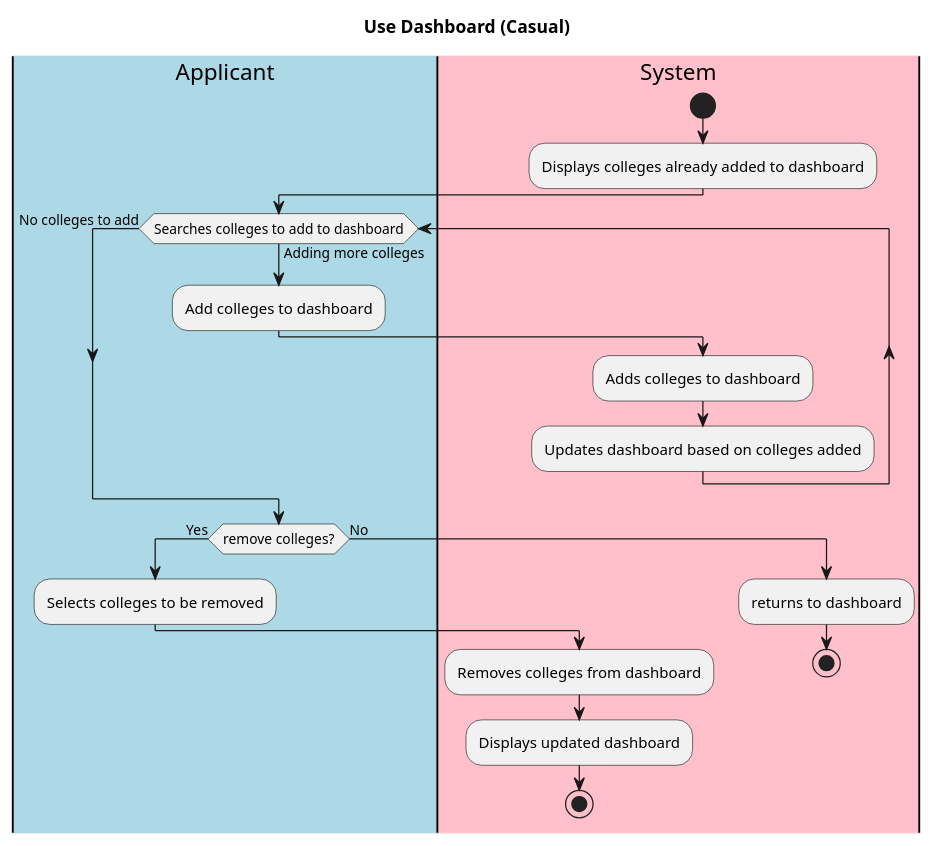
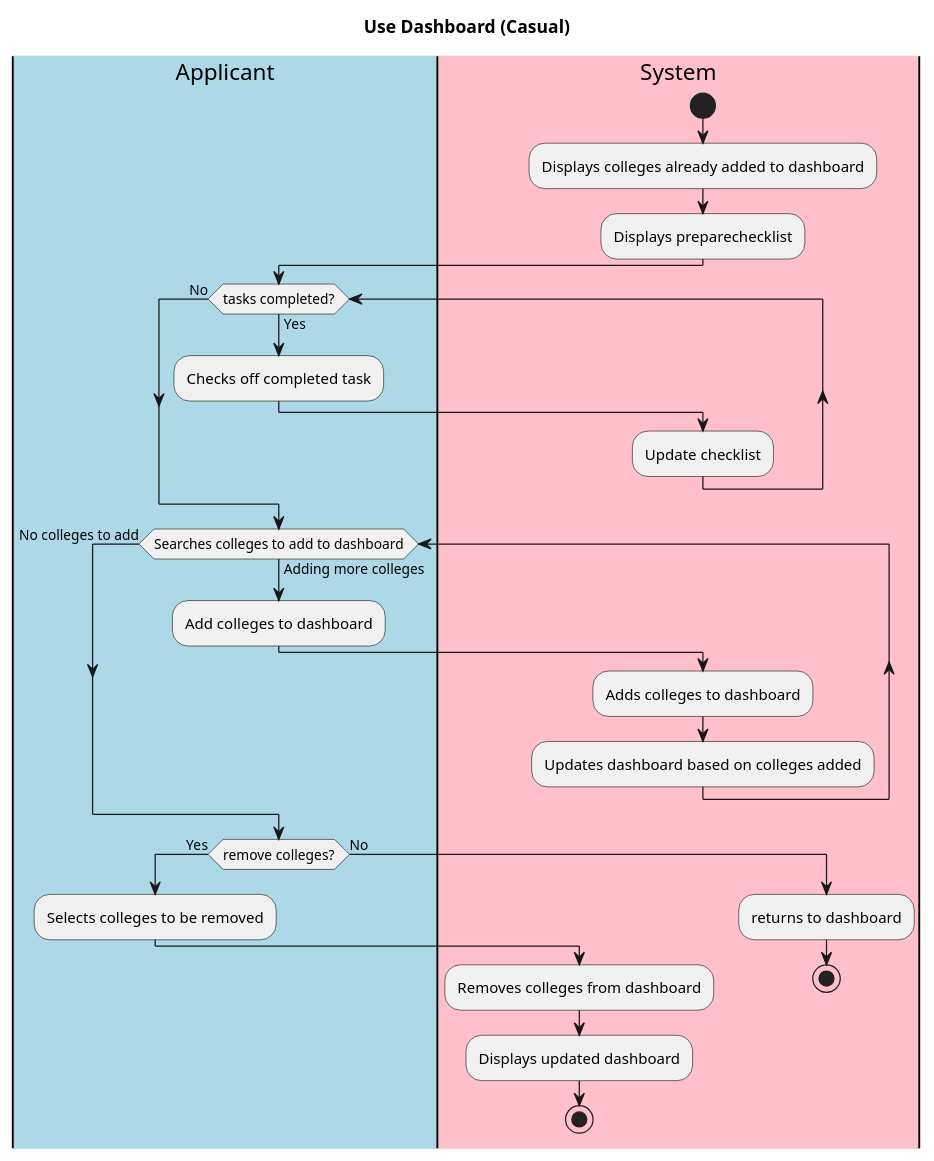
One commit to jlederer33/Essay-Review-App changed the diagram in intellij/doc/use-cases/usedashboard.md. Above: the diagram before and after it, drawn with PlantUML. The commit also changed 2 other files, not shown here.

Commit message:
Added changes

````diff
--- a/intellij/doc/use-cases/usedashboard.md
+++ b/intellij/doc/use-cases/usedashboard.md
@@ -15,32 +15,39 @@
 ```plantuml
 title Use Dashboard (Casual)
 
 
 |#lightblue|Applicant|
 |#pink|System|
 
 |System|
 start
 :Displays colleges already added to dashboard;
+:Displays preparechecklist;
+|Applicant|
+while (tasks completed?) is (Yes)
+:Checks off completed task;
+|System|
+:Update checklist;
+endwhile (No)
 |Applicant|
 while(Searches colleges to add to dashboard) is (Adding more colleges)
 :Add colleges to dashboard;
 |System|
 :Adds colleges to dashboard;
 :Updates dashboard based on colleges added;
 endwhile (No colleges to add)
 |Applicant|
 if (remove colleges?) then (Yes)
 :Selects colleges to be removed;
 |System|
 :Removes colleges from dashboard;
 :Displays updated dashboard;
 stop
 else (No)
 |System|
 :returns to dashboard;
 stop
 
 
 
 ```
````
